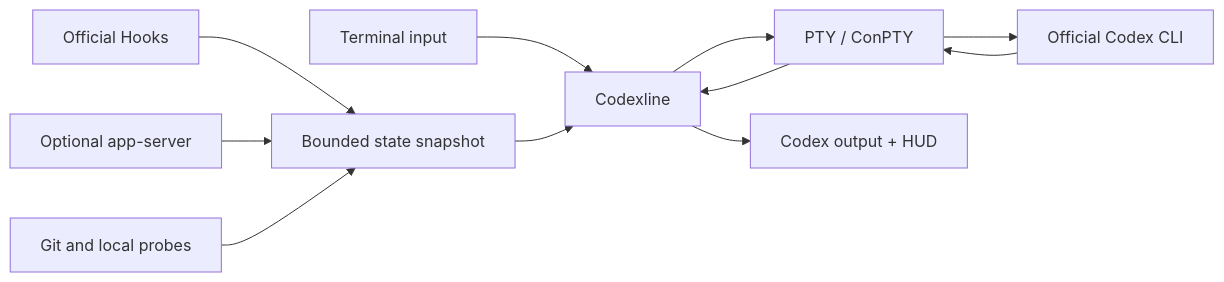
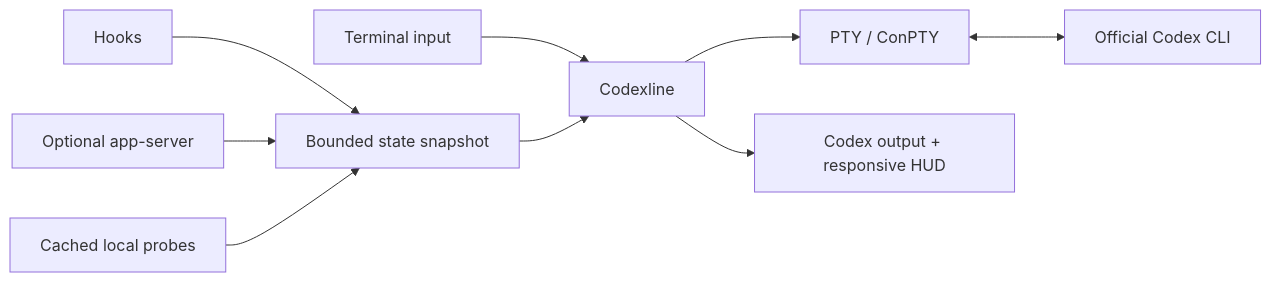
One commit to YongshengWin/codex-cli-codexline changed the diagram in README.md. Above: the diagram before and after it, drawn with Mermaid. The commit also changed other lines of this file and 3 other files, not shown here.

````diff
--- a/README.md
+++ b/README.md
@@ -322,13 +214,11 @@
 ```mermaid
 flowchart LR
-    User["Terminal input"] --> Companion["Codexline"]
-    Companion --> PTY["PTY / ConPTY"]
-    PTY --> Codex["Official Codex CLI"]
-    Codex --> PTY
-    PTY --> Companion
-    Hooks["Official Hooks"] --> State["Bounded state snapshot"]
+    Input["Terminal input"] --> CL["Codexline"]
+    CL --> PTY["PTY / ConPTY"]
+    PTY <--> Codex["Official Codex CLI"]
+    Hooks["Hooks"] --> State["Bounded state snapshot"]
     Sidecar["Optional app-server"] --> State
-    Local["Git and local probes"] --> State
-    State --> Companion
-    Companion --> Screen["Codex output + HUD"]
+    Local["Cached local probes"] --> State
+    State --> CL
+    CL --> Screen["Codex output + responsive HUD"]
 ```
````
